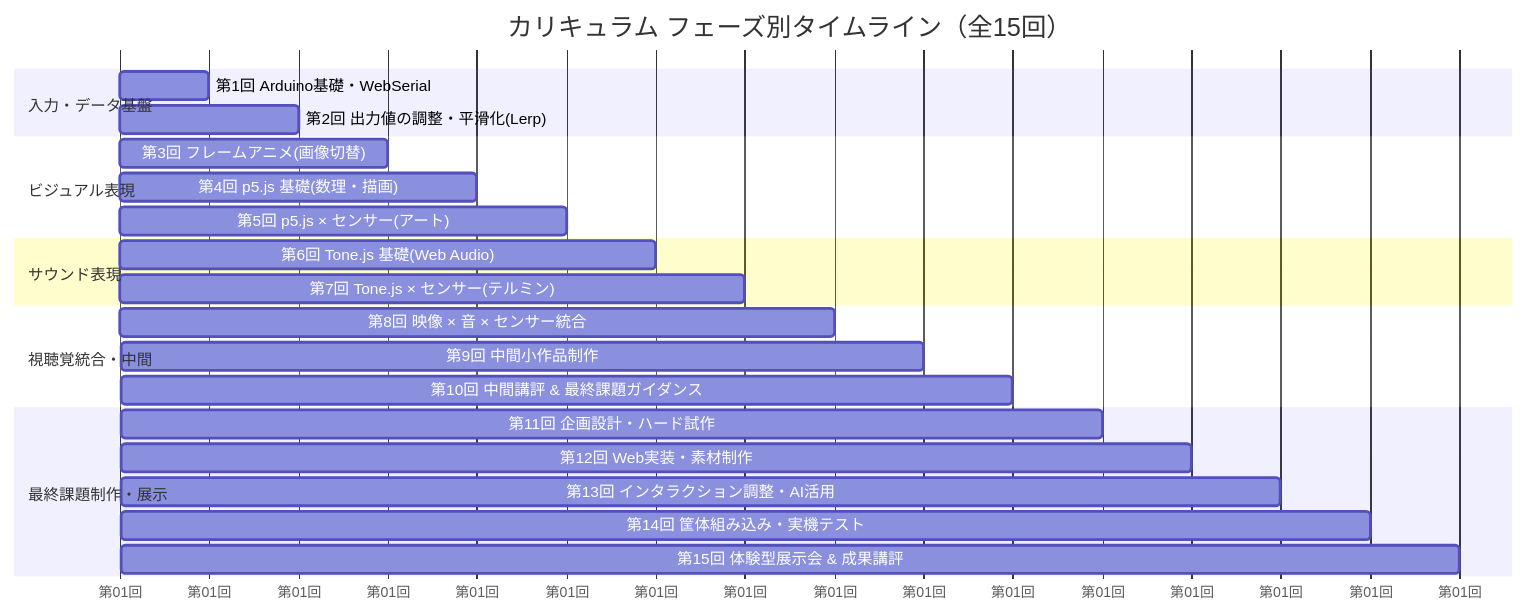
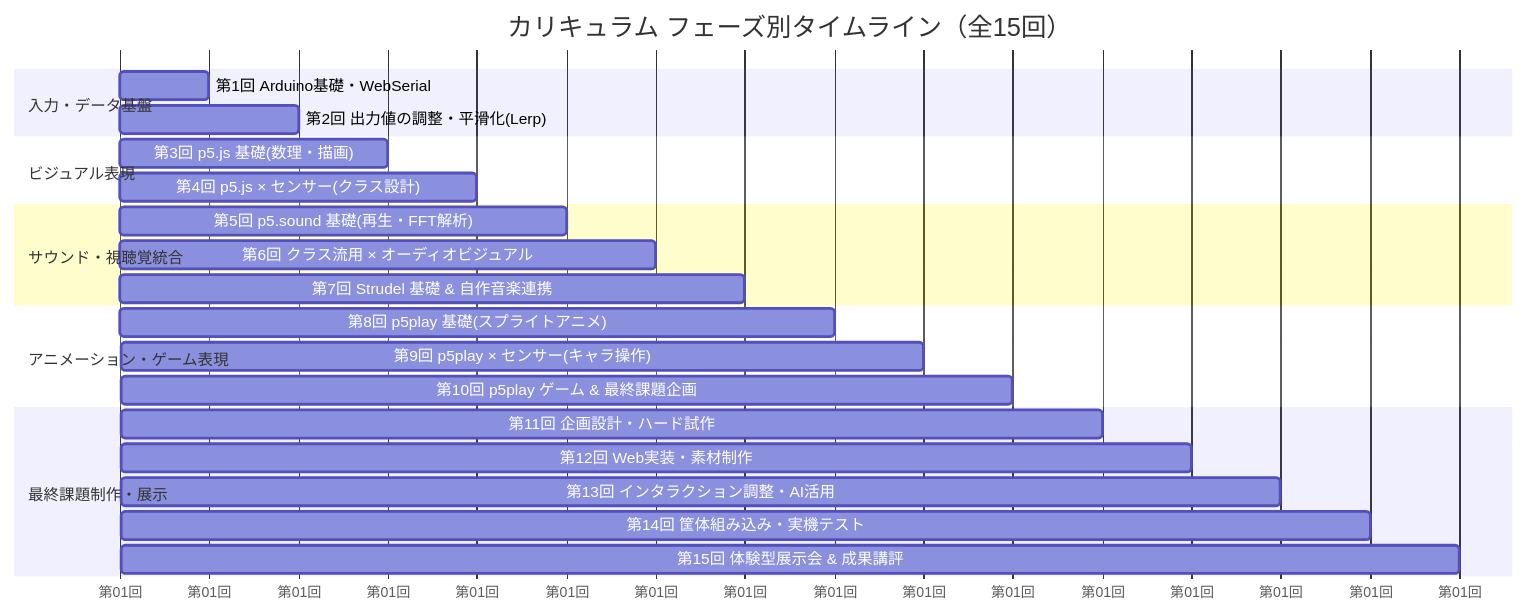
The second of 2 diagrams in ws1/2nd/ai-content/_lectures/docs/00_カリキュラム設計書.md (takagino/tri-education), drawn with Mermaid before and after one commit. The commit also changed other lines of this file and 6 other files, not shown here.

````diff
--- a/ws1/2nd/ai-content/_lectures/docs/00_カリキュラム設計書.md
+++ b/ws1/2nd/ai-content/_lectures/docs/00_カリキュラム設計書.md
@@ -15,26 +102,26 @@
 ```mermaid
 gantt
     title カリキュラム フェーズ別タイムライン（全15回）
     dateFormat  X
     axisFormat  第%d回
     section 入力・データ基盤
     第1回 Arduino基礎・WebSerial        :0, 1
     第2回 出力値の調整・平滑化(Lerp)      :1, 2
     section ビジュアル表現
-    第3回 フレームアニメ(画像切替)      :2, 3
-    第4回 p5.js 基礎(数理・描画)         :3, 4
-    第5回 p5.js × センサー(アート)       :4, 5
-    section サウンド表現
-    第6回 Tone.js 基礎(Web Audio)       :5, 6
-    第7回 Tone.js × センサー(テルミン)   :6, 7
-    section 視聴覚統合・中間
-    第8回 映像 × 音 × センサー統合       :7, 8
-    第9回 中間小作品制作                 :8, 9
-    第10回 中間講評 & 最終課題ガイダンス :9, 10
+    第3回 p5.js 基礎(数理・描画)         :2, 3
+    第4回 p5.js × センサー(クラス設計)   :3, 4
+    section サウンド・視聴覚統合
+    第5回 p5.sound 基礎(再生・FFT解析)   :4, 5
+    第6回 クラス流用 × オーディオビジュアル:5, 6
+    第7回 Strudel 基礎 & 自作音楽連携    :6, 7
+    section アニメーション・ゲーム表現
+    第8回 p5play 基礎(スプライトアニメ)  :7, 8
+    第9回 p5play × センサー(キャラ操作)  :8, 9
+    第10回 p5play ゲーム & 最終課題企画   :9, 10
     section 最終課題制作・展示
     第11回 企画設計・ハード試作         :10, 11
     第12回 Web実装・素材制作            :11, 12
     第13回 インタラクション調整・AI活用 :12, 13
     第14回 筐体組み込み・実機テスト     :13, 14
     第15回 体験型展示会 & 成果講評      :14, 15
 ```
````
